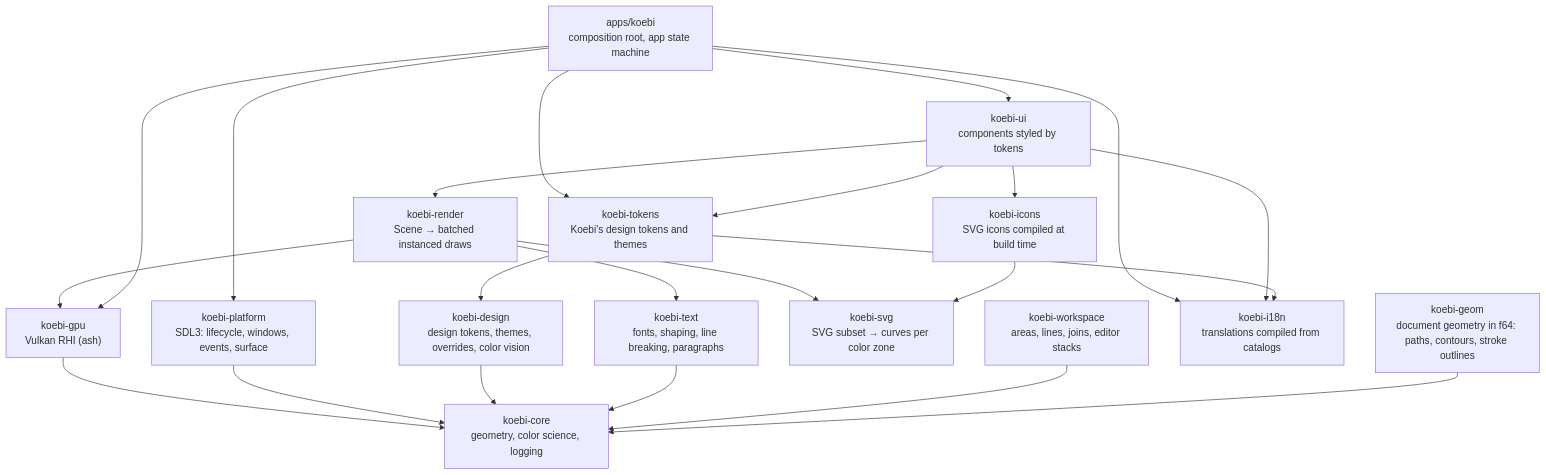
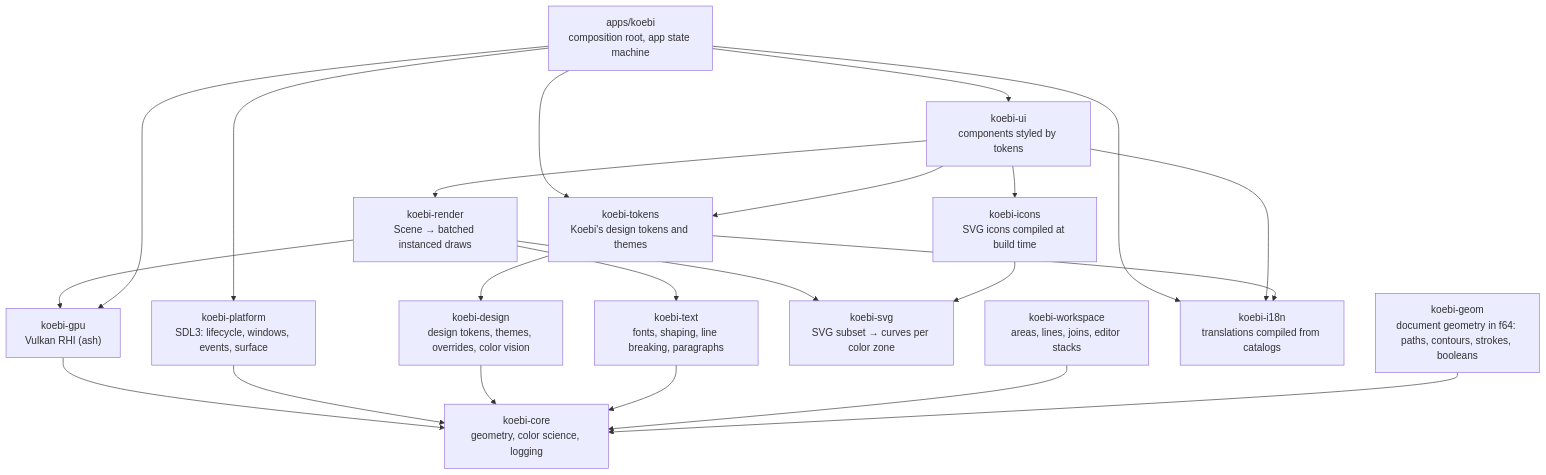
One commit to Kolosta/Koebi changed the first of 2 diagrams in docs/architecture/overview.md. Above: the diagram before and after it, drawn with Mermaid. The commit also changed other lines of this file and 11 other files, not shown here.

Commit message:
feat(geom): booleans on curves, region offsets, exact aligned strokes and prepared curves (#268)

````diff
--- a/docs/architecture/overview.md
+++ b/docs/architecture/overview.md
@@ -8,31 +8,31 @@
 ```mermaid
 flowchart TD
     app["apps/koebi<br/>composition root, app state machine"]
     ui["koebi-ui<br/>components styled by tokens"]
     render["koebi-render<br/>Scene → batched instanced draws"]
     gpu["koebi-gpu<br/>Vulkan RHI (ash)"]
     platform["koebi-platform<br/>SDL3: lifecycle, windows, events, surface"]
     tokens["koebi-tokens<br/>Koebi's design tokens and themes"]
     design["koebi-design<br/>design tokens, themes, overrides, color vision"]
     text["koebi-text<br/>fonts, shaping, line breaking, paragraphs"]
     svg["koebi-svg<br/>SVG subset → curves per color zone"]
     icons["koebi-icons<br/>SVG icons compiled at build time"]
     workspace["koebi-workspace<br/>areas, lines, joins, editor stacks"]
     i18n["koebi-i18n<br/>translations compiled from catalogs"]
-    geom["koebi-geom<br/>document geometry in f64: paths, contours, stroke outlines"]
+    geom["koebi-geom<br/>document geometry in f64: paths, contours, strokes, booleans"]
     core["koebi-core<br/>geometry, color science, logging"]
     app --> ui --> render --> gpu --> core
     render --> text
     render --> svg
     ui --> icons --> svg
     app --> platform --> core
     app --> gpu
     app --> tokens
     ui --> tokens --> design --> core
     text --> core
     workspace --> core
     geom --> core
     app --> i18n
     ui --> i18n
     tokens --> i18n
 ```
````
